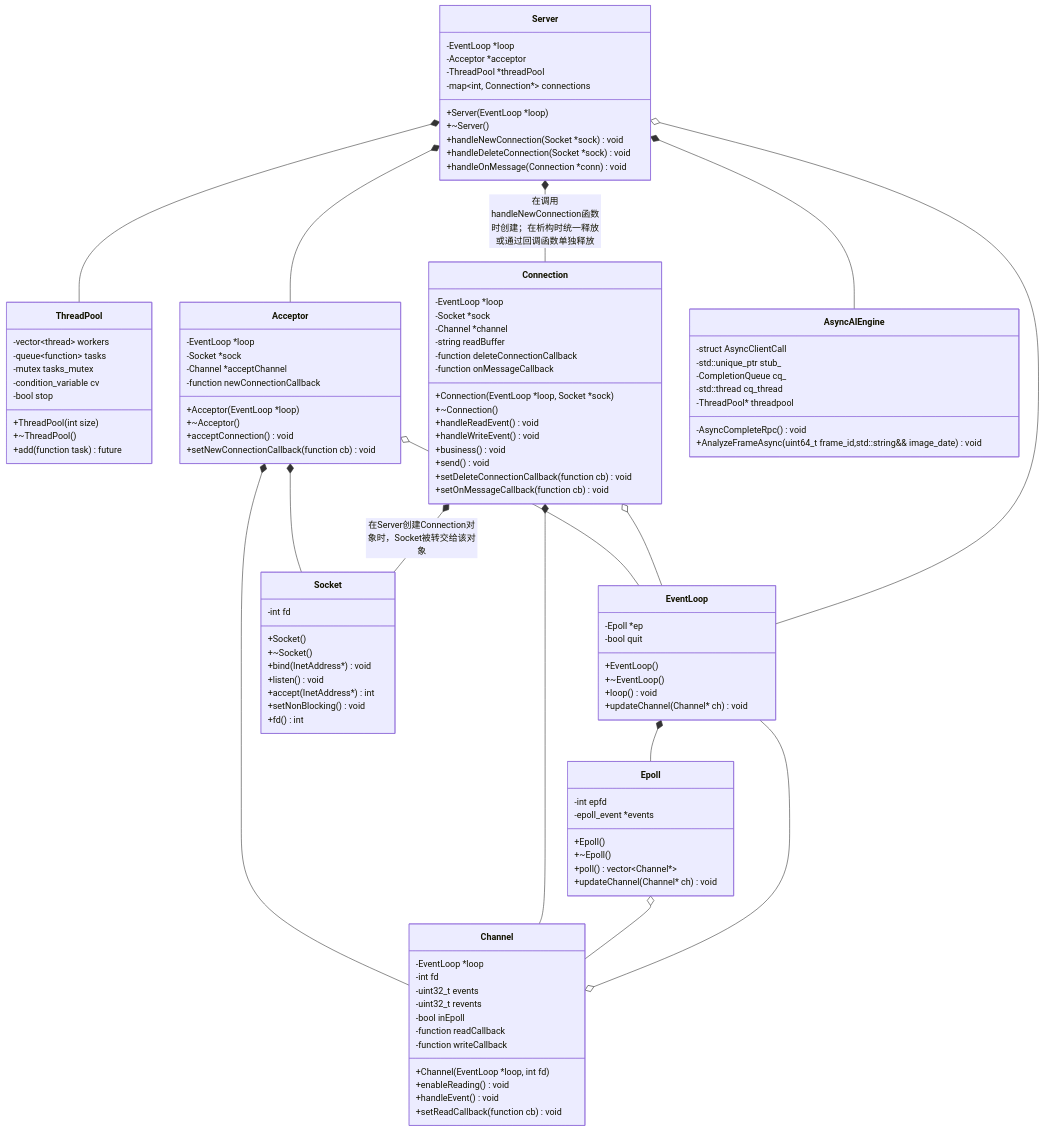
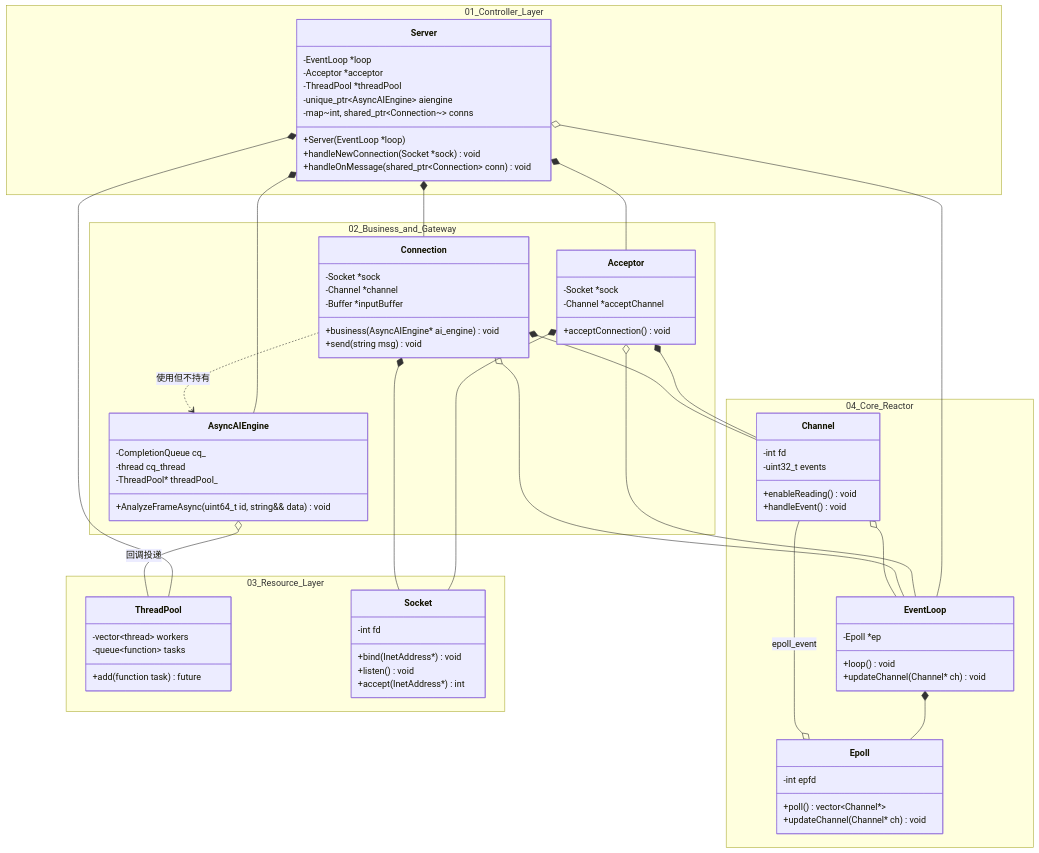
The diagram in doc/Class Diagram.md (WinlorZZ/VisionReactor-CPP), drawn with Mermaid before and after one commit.

Commit message:
【重构】 类图结构，引入命名空间并优化排版

````diff
--- a/doc/Class Diagram.md
+++ b/doc/Class Diagram.md
@@ -7,147 +7,107 @@
 ```mermaid
 classDiagram
-    %% =======================
-    %% 核心引擎层 (Reactor Core)
-    %% =======================
-    class EventLoop {
-        -Epoll *ep
-        -bool quit
-        +EventLoop()
-        +~EventLoop()
-        +loop() void
-        +updateChannel(Channel* ch) void
-    }
-
-    class Epoll {
-        -int epfd
-        -epoll_event *events
-        +Epoll()
-        +~Epoll()
-        +poll() vector~Channel*~
-        +updateChannel(Channel* ch) void
-    }
-
-    class Channel {
-        -EventLoop *loop
-        -int fd
-        -uint32_t events
-        -uint32_t revents
-        -bool inEpoll
-        -function readCallback
-        -function writeCallback
-        +Channel(EventLoop *loop, int fd)
-        +enableReading() void
-        +handleEvent() void
-        +setReadCallback(function cb) void
-    }
-
-    %% =======================
-    %% 资源管理层 (Resource)
-    %% =======================
-    class Socket {
-        -int fd
-        +Socket()
-        +~Socket()
-        +bind(InetAddress*) void
-        +listen() void
-        +accept(InetAddress*) int
-        +setNonBlocking() void
-        +fd() int
-    }
-
-    class ThreadPool {
-        -vector~thread~ workers
-        -queue~function~ tasks
-        -mutex tasks_mutex
-        -condition_variable cv
-        -bool stop
-        +ThreadPool(int size)
-        +~ThreadPool()
-        +add(function task) future
-    }
-
-    %% =======================
-    %% 业务接入层 (Business Access)
-    %% =======================
-    class Acceptor {
-        -EventLoop *loop
-        -Socket *sock
-        -Channel *acceptChannel
-        -function newConnectionCallback
-        +Acceptor(EventLoop *loop)
-        +~Acceptor()
-        +acceptConnection() void
-        +setNewConnectionCallback(function cb) void
-    }
-
-    class Connection {
-        -EventLoop *loop
-        -Socket *sock
-        -Channel *channel
-        -string readBuffer
-        -function deleteConnectionCallback
-        -function onMessageCallback
-        +Connection(EventLoop *loop, Socket *sock)
-        +~Connection()
-        +handleReadEvent() void
-        +handleWriteEvent() void
-        +business() void
-        +send() void
-        +setDeleteConnectionCallback(function cb) void
-        +setOnMessageCallback(function cb) void
-    }
-	class AsyncAIEngine{
-		-struct AsyncClientCall
-		-std::unique_ptr<VisionAI::Stub> stub_
-		-CompletionQueue cq_
-		-std::thread cq_thread
-		-ThreadPool* threadpool
-		-AsyncCompleteRpc() void
-		+AnalyzeFrameAsync(uint64_t frame_id,std::string&& image_date) void
-	}
-    %% =======================
-    %% 中央控制层 (Controller)
-    %% =======================
-    class Server {
-        -EventLoop *loop
-        -Acceptor *acceptor
-        -ThreadPool *threadPool
-        -map~int, Connection*~ connections
-        +Server(EventLoop *loop)
-        +~Server()
-        +handleNewConnection(Socket *sock) void
-        +handleDeleteConnection(Socket *sock) void
-        +handleOnMessage(Connection *conn) void
-    }
-
-    %% =======================
-    %% 关系连线
-    %% =======================
+    %% ==========================================
+    %% 核心排版秘诀 1：把关系连线写在最前面，且从最顶层往下写！
+    %% 引擎会根据这里的顺序，自顶向下（Top-Down）构建树形结构
+    %% ==========================================
     
-    %% 1. EventLoop 独占 Epoll
-    EventLoop *-- Epoll 
+    %% Server 
+    Server *-- Acceptor
+    Server *-- ThreadPool
+    Server *-- AsyncAIEngine 
+    Server *-- Connection 
+    Server o-- EventLoop
     
-    %% 2. Channel 依赖 EventLoop (把自己的 fd 注册进去)
-    Channel o-- EventLoop
-    
-    %% 3. Acceptor 
+    %% 业务层依赖
     Acceptor *-- Socket
     Acceptor *-- Channel
     Acceptor o-- EventLoop
     
-    
-    %% 4. Connection 拥有 Socket 和 Channel
-    Connection *-- Socket : 在Server创建Connection对象时，Socket被转交给该对象
+    Connection *-- Socket 
     Connection *-- Channel
     Connection o-- EventLoop
+    Connection ..> AsyncAIEngine : 使用但不持有
 
-    %% 5. Server 
-    Server *-- Acceptor
-    Server *-- ThreadPool
-    Server *-- Connection : 在调用handleNewConnection函数时创建；在析构时统一释放或通过回调函数单独释放
-    Server o-- EventLoop
-    Server *-- AsyncAIEngine
+    AsyncAIEngine o-- ThreadPool : 回调投递
+    
+    %% 底层核心依赖
+    EventLoop *-- Epoll 
+    Channel o-- EventLoop
+    Epoll o-- Channel : epoll_event
 
-    %% 6. Epoll 实际上持有 Channel 指针 (通过 epoll_event.data.ptr)
-    Epoll o-- Channel 
+    %% ==========================================
+    %% 使用 namespace 强制物理分区隔离
+    %% ==========================================
+
+    namespace 01_Controller_Layer {
+        class Server {
+            -EventLoop *loop
+            -Acceptor *acceptor
+            -ThreadPool *threadPool
+            -unique_ptr~AsyncAIEngine~ aiengine
+            -map~int, shared_ptr~Connection~~ conns
+            +Server(EventLoop *loop)
+            +handleNewConnection(Socket *sock) void
+            +handleOnMessage(shared_ptr~Connection~ conn) void
+        }
+    }
+
+    namespace 02_Business_and_Gateway {
+        class Acceptor {
+            -Socket *sock
+            -Channel *acceptChannel
+            +acceptConnection() void
+        }
+
+        class Connection {
+            -Socket *sock
+            -Channel *channel
+            -Buffer *inputBuffer
+            +business(AsyncAIEngine* ai_engine) void
+            +send(string msg) void
+        }
+        
+        class AsyncAIEngine {
+            -CompletionQueue cq_
+            -thread cq_thread
+            -ThreadPool* threadPool_
+            +AnalyzeFrameAsync(uint64_t id, string&& data) void
+        }
+    }
+
+    namespace 03_Resource_Layer {
+        class Socket {
+            -int fd
+            +bind(InetAddress*) void
+            +listen() void
+            +accept(InetAddress*) int
+        }
+
+        class ThreadPool {
+            -vector~thread~ workers
+            -queue~function~ tasks
+            +add(function task) future
+        }
+    }
+
+    namespace 04_Core_Reactor {
+        class EventLoop {
+            -Epoll *ep
+            +loop() void
+            +updateChannel(Channel* ch) void
+        }
+
+        class Epoll {
+            -int epfd
+            +poll() vector~Channel*~
+            +updateChannel(Channel* ch) void
+        }
+
+        class Channel {
+            -int fd
+            -uint32_t events
+            +enableReading() void
+            +handleEvent() void
+        }
+    }
 ```
````
